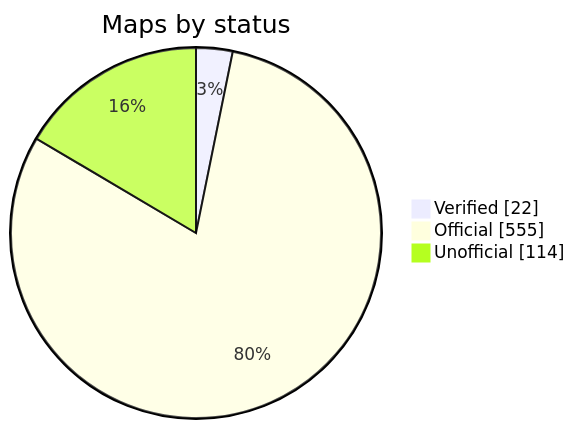
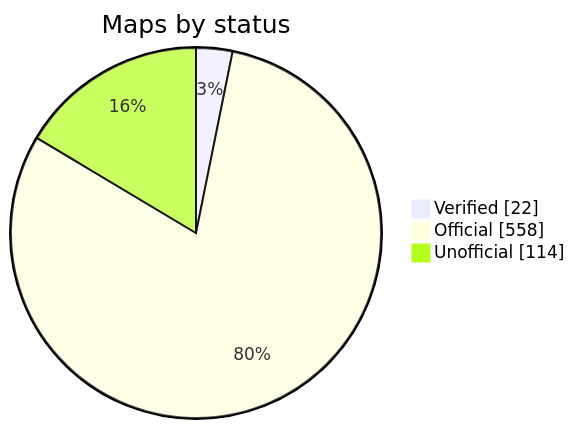
Before and after one commit to nobrega8/mbmap-library: the diagram in README.md, drawn with Mermaid. The commit also changed 8 other files, not shown here.

````diff
--- a/README.md
+++ b/README.md
@@ -52,7 +52,7 @@
 ```mermaid
 pie showData
     title Maps by status
     "Verified" : 22
-    "Official" : 555
+    "Official" : 558
     "Unofficial" : 114
 ```
````
